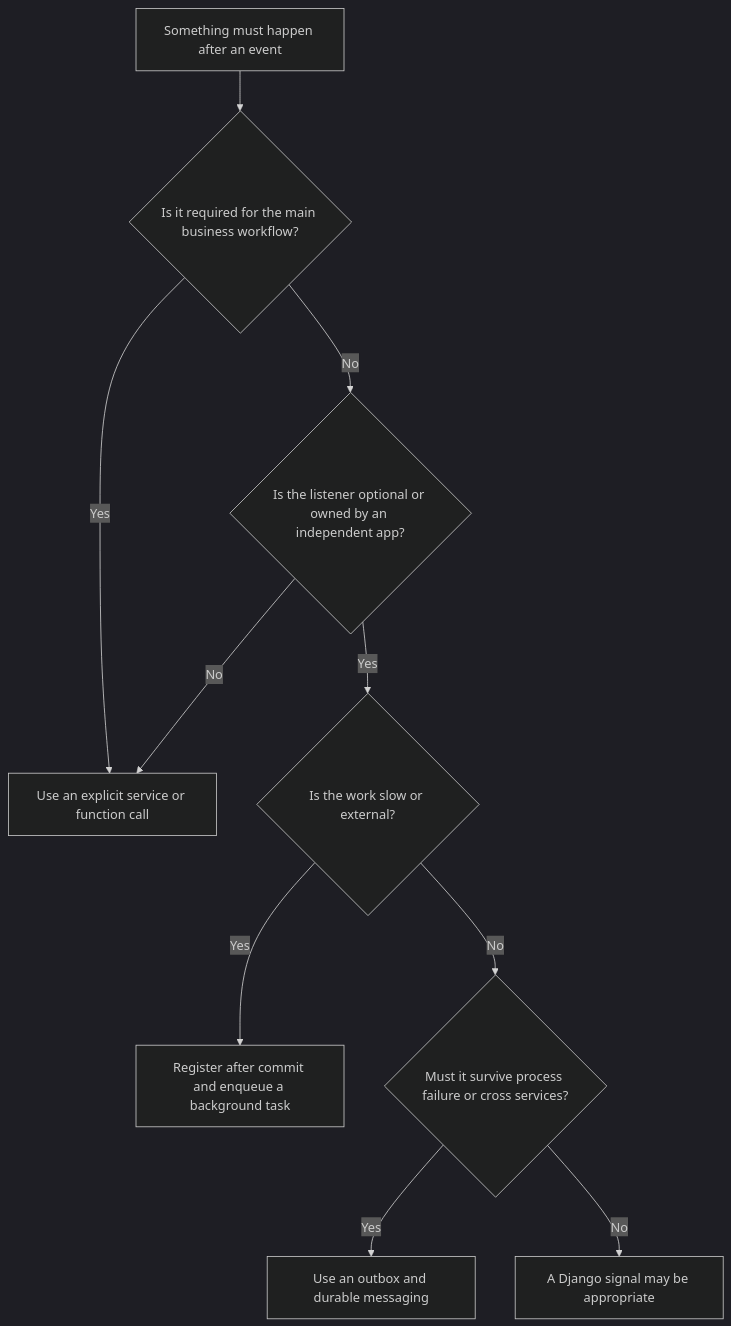
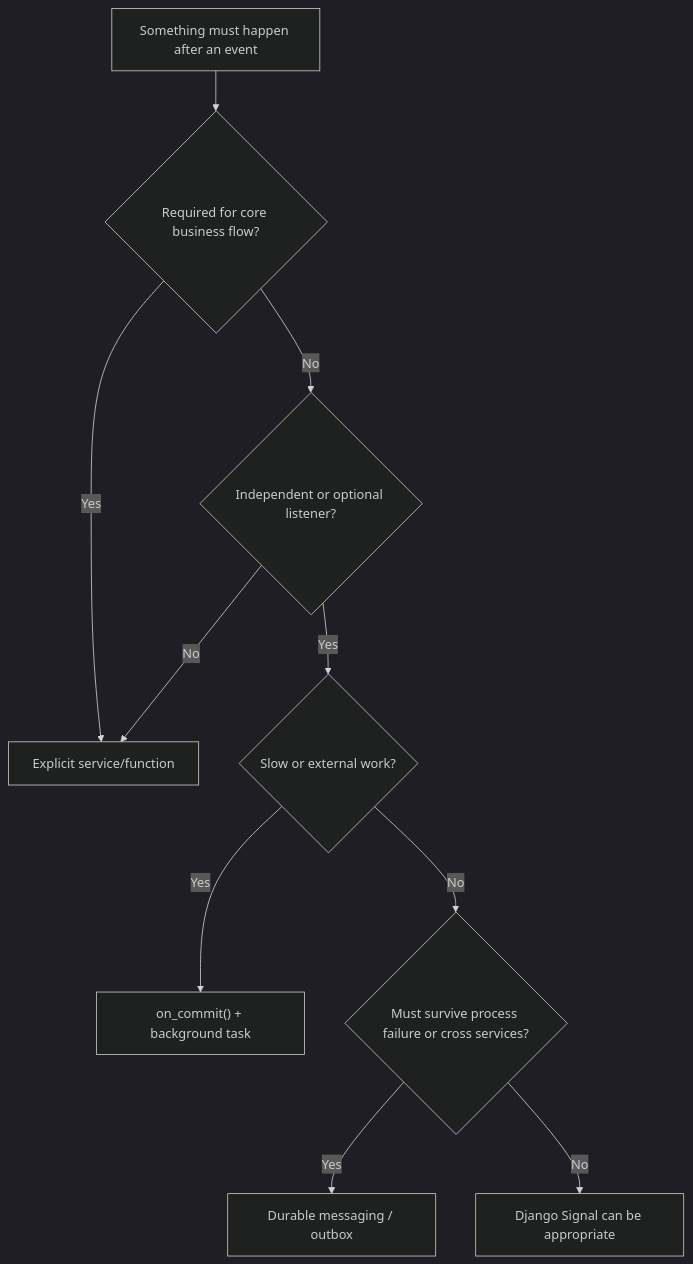
One commit to AvadhBhalodiya/Interview-Preparation changed the seventh of 7 diagrams in src/content/django/signals.md. Above: the diagram before and after it, drawn with Mermaid (dark theme). The commit also changed other lines of this file and 80 other files, not shown here.

````diff
--- a/src/content/django/signals.md
+++ b/src/content/django/signals.md
@@ -1099,12 +720,13 @@
 ```mermaid
 flowchart TD
-    A[Something must happen after an event] --> B{Is it required for the main business workflow?}
-    B -- Yes --> C[Use an explicit service or function call]
-    B -- No --> D{Is the listener optional or owned by an independent app?}
+    A["Something must happen after an event"] --> B{"Required for core business flow?"}
+
+    B -- Yes --> C["Explicit service/function"]
+    B -- No --> D{"Independent or optional listener?"}
     D -- No --> C
-    D -- Yes --> E{Is the work slow or external?}
-    E -- Yes --> F[Register after commit and enqueue a background task]
-    E -- No --> G{Must it survive process failure or cross services?}
-    G -- Yes --> H[Use an outbox and durable messaging]
-    G -- No --> I[A Django signal may be appropriate]
+    D -- Yes --> E{"Slow or external work?"}
+    E -- Yes --> F["on_commit() + background task"]
+    E -- No --> G{"Must survive process failure or cross services?"}
+    G -- Yes --> H["Durable messaging / outbox"]
+    G -- No --> I["Django Signal can be appropriate"]
 ```
````
